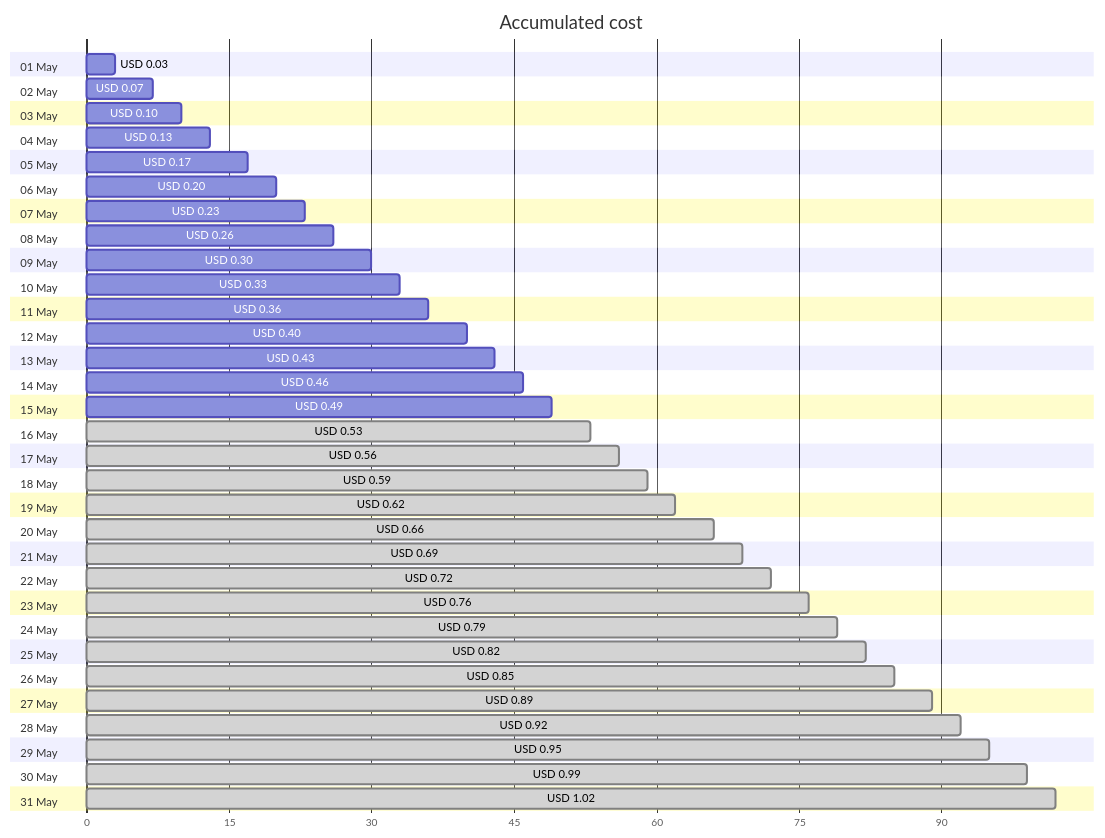
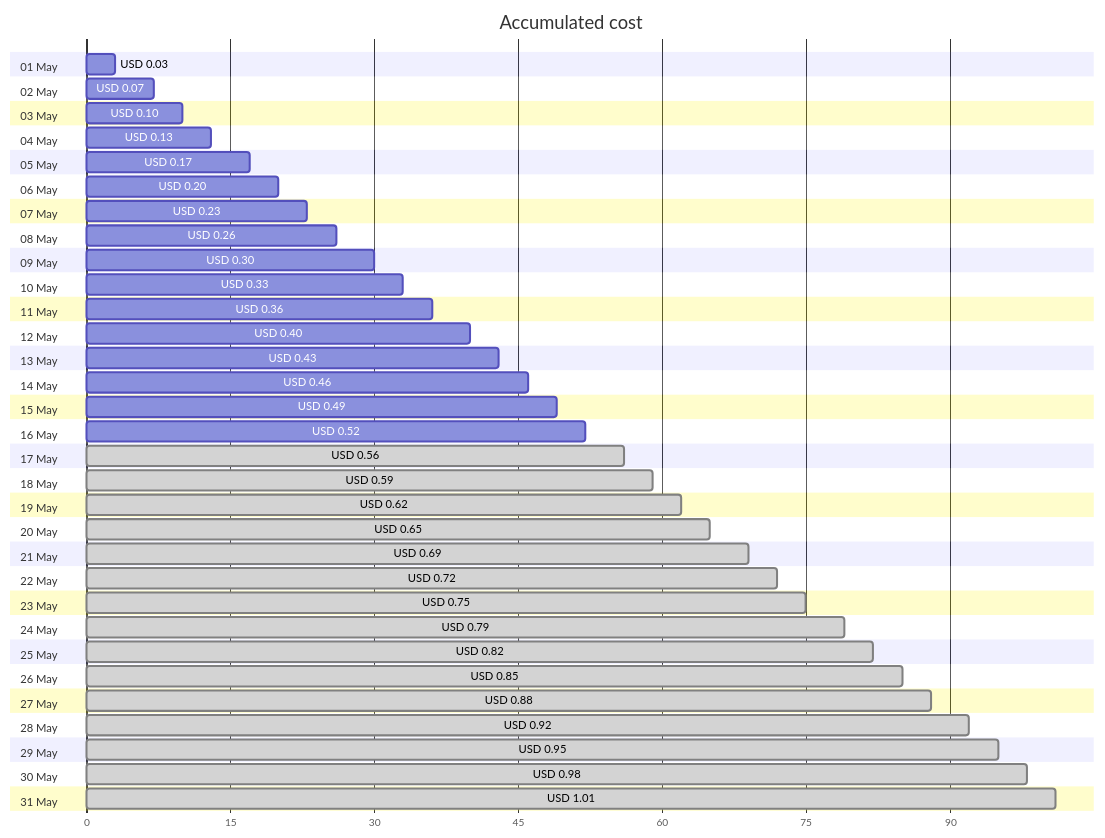
The first of 4 diagrams in cost-reports/personal-dns/README.md (jpfulton/azure-personal-reports), drawn with Mermaid before and after one commit. The commit also changed other lines of this file and 2 other files, not shown here.

````diff
--- a/cost-reports/personal-dns/README.md
+++ b/cost-reports/personal-dns/README.md
@@ -20,68 +20,68 @@
 ```mermaid
 gantt
    title Accumulated cost
    dateFormat  X
    axisFormat %s
    section 01 May
    USD 0.03 :0, 3
    section 02 May
    USD 0.07 :0, 7
    section 03 May
    USD 0.10 :0, 10
    section 04 May
    USD 0.13 :0, 13
    section 05 May
    USD 0.17 :0, 17
    section 06 May
    USD 0.20 :0, 20
    section 07 May
    USD 0.23 :0, 23
    section 08 May
    USD 0.26 :0, 26
    section 09 May
    USD 0.30 :0, 30
    section 10 May
    USD 0.33 :0, 33
    section 11 May
    USD 0.36 :0, 36
    section 12 May
    USD 0.40 :0, 40
    section 13 May
    USD 0.43 :0, 43
    section 14 May
    USD 0.46 :0, 46
    section 15 May
    USD 0.49 :0, 49
    section 16 May
-   USD 0.53 : done, 0, 53
+   USD 0.52 :0, 52
    section 17 May
    USD 0.56 : done, 0, 56
    section 18 May
    USD 0.59 : done, 0, 59
    section 19 May
    USD 0.62 : done, 0, 62
    section 20 May
-   USD 0.66 : done, 0, 66
+   USD 0.65 : done, 0, 65
    section 21 May
    USD 0.69 : done, 0, 69
    section 22 May
    USD 0.72 : done, 0, 72
    section 23 May
-   USD 0.76 : done, 0, 76
+   USD 0.75 : done, 0, 75
    section 24 May
    USD 0.79 : done, 0, 79
    section 25 May
    USD 0.82 : done, 0, 82
    section 26 May
    USD 0.85 : done, 0, 85
    section 27 May
-   USD 0.89 : done, 0, 89
+   USD 0.88 : done, 0, 88
    section 28 May
    USD 0.92 : done, 0, 92
    section 29 May
    USD 0.95 : done, 0, 95
    section 30 May
-   USD 0.99 : done, 0, 99
+   USD 0.98 : done, 0, 98
    section 31 May
-   USD 1.02 : done, 0, 102
+   USD 1.01 : done, 0, 101
 ```
````
